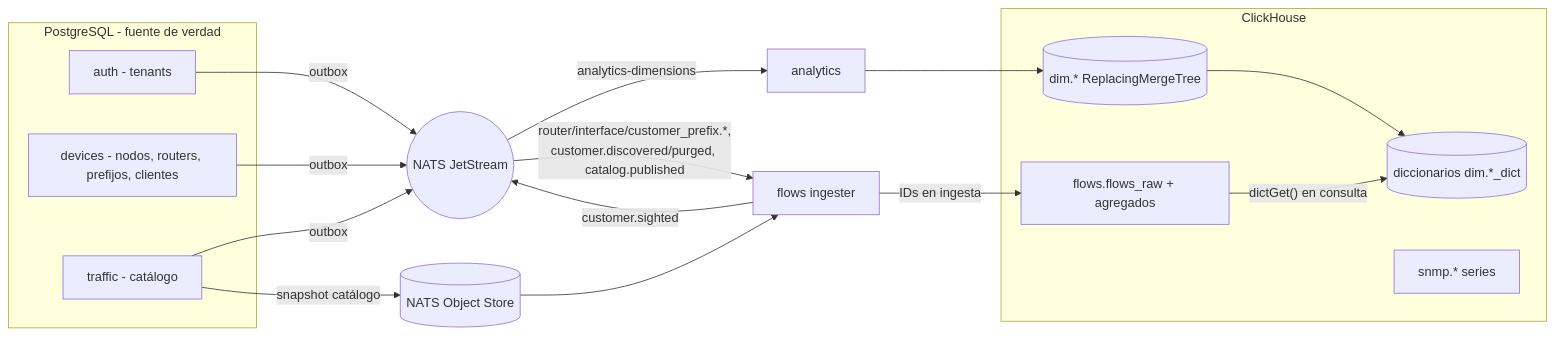
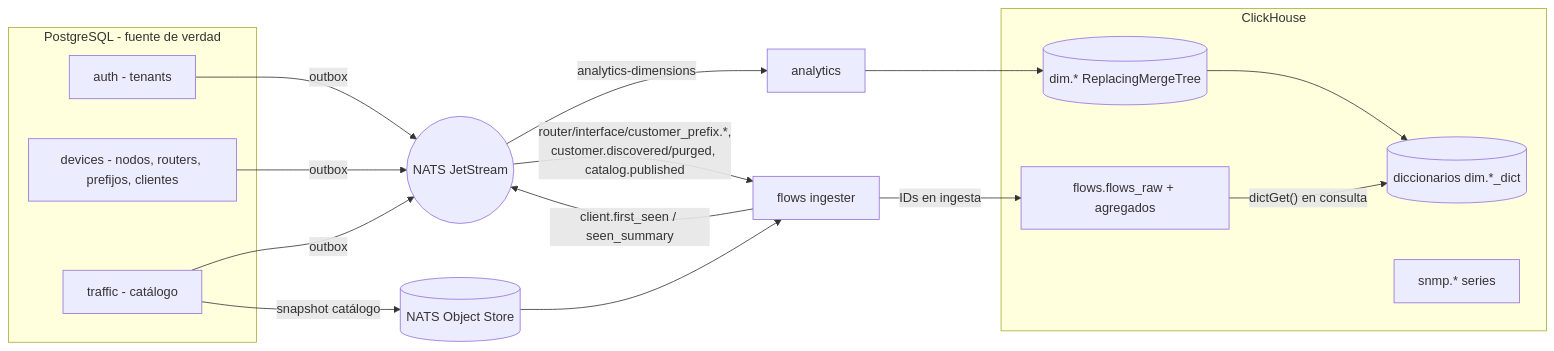
Before and after one commit to HCDestroyer/horus-flow: the fourth of 4 diagrams in docs/database.md, drawn with Mermaid. The commit also changed other lines of this file and 14 other files, not shown here.

````diff
--- a/docs/database.md
+++ b/docs/database.md
@@ -432,26 +437,26 @@
 ```mermaid
 flowchart LR
   subgraph PG[PostgreSQL - fuente de verdad]
     A[auth - tenants]
     D[devices - nodos, routers, prefijos, clientes]
     T[traffic - catálogo]
   end
   NATS((NATS JetStream))
   A -- outbox --> NATS
   D -- outbox --> NATS
   T -- outbox --> NATS
   T -- "snapshot catálogo" --> OS[(NATS Object Store)]
   subgraph CH[ClickHouse]
     DIM[(dim.* ReplacingMergeTree)]
     DICT[(diccionarios dim.*_dict)]
     F[flows.flows_raw + agregados]
     S[snmp.* series]
   end
   NATS -- "analytics-dimensions" --> AN[analytics] --> DIM
   DIM --> DICT
   NATS -- "router/interface/customer_prefix.*,<br/>customer.discovered/purged, catalog.published" --> ING[flows ingester]
   OS --> ING
-  ING -- "customer.sighted" --> NATS
+  ING -- "client.first_seen / seen_summary" --> NATS
   ING -- "IDs en ingesta" --> F
   F -- "dictGet() en consulta" --> DICT
 ```
````
